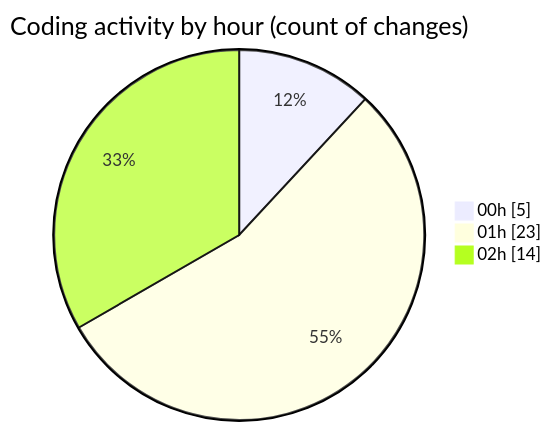
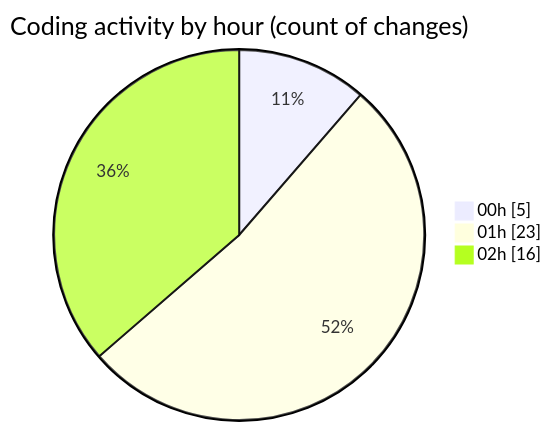
One commit to julien-gomy/code-tracking changed the second of 2 diagrams in 2025-11-06/usr_aleoudev_fr__workspace_/README.md. Above: the diagram before and after it, drawn with Mermaid. The commit also changed other lines of this file and 1 other file, not shown here.

````diff
--- a/2025-11-06/usr_aleoudev_fr__workspace_/README.md
+++ b/2025-11-06/usr_aleoudev_fr__workspace_/README.md
@@ -33,7 +33,7 @@
 ```mermaid
 pie showData
 title Coding activity by hour (count of changes)
 "00h" : 5
 "01h" : 23
-"02h" : 14
+"02h" : 16
 ```
````
